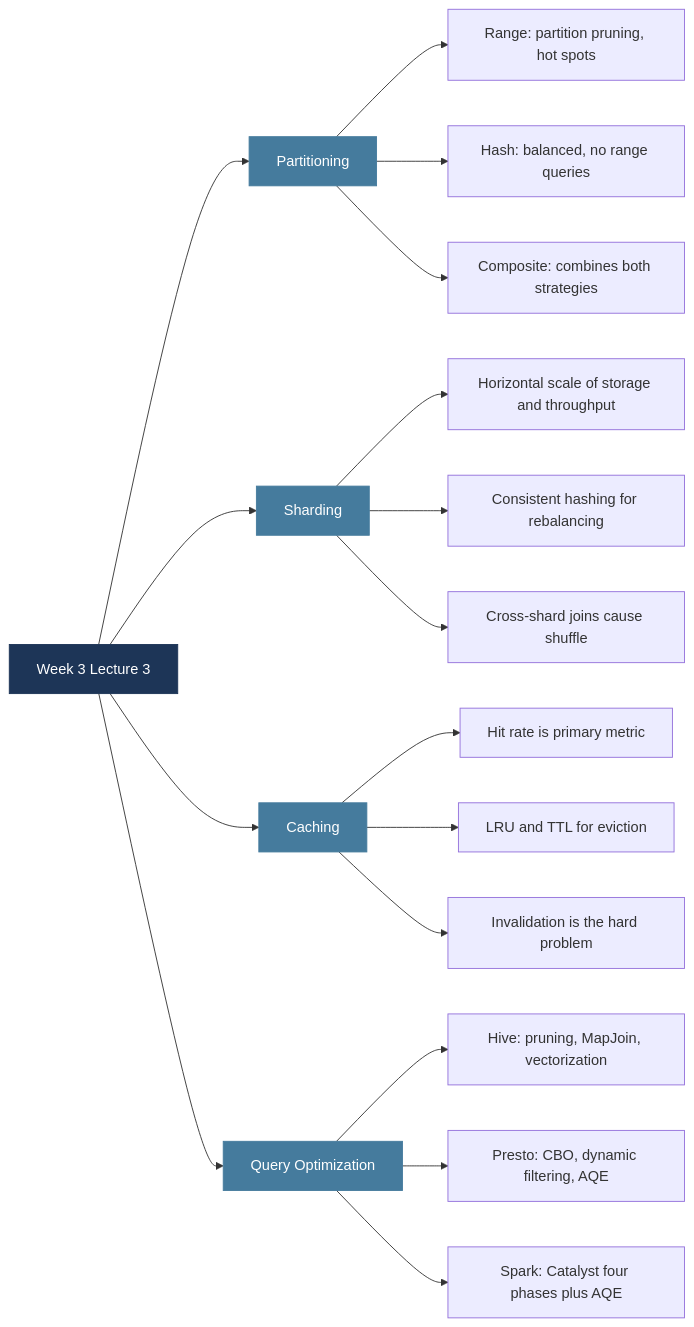
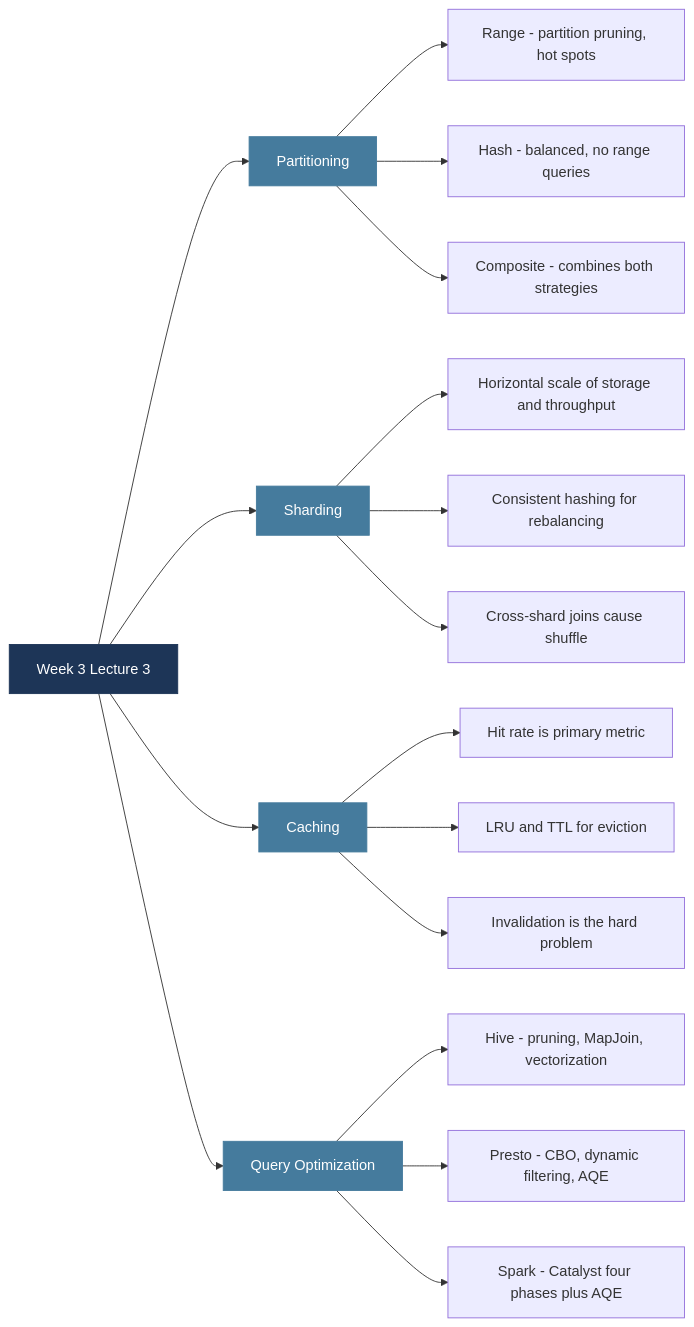
Before and after one commit to MuhammadTahaNasir/Big-Data-Analytics-Notes: diagram 16 of 16 in Week3/Lecture3_Partitioning_Sharding_Caching_QueryOpt.md, drawn with Mermaid. The commit also changed other lines of this file, not shown here.

````diff
--- a/Week3/Lecture3_Partitioning_Sharding_Caching_QueryOpt.md
+++ b/Week3/Lecture3_Partitioning_Sharding_Caching_QueryOpt.md
@@ -620,29 +620,29 @@
 ```mermaid
 flowchart LR
     W3L3[Week 3 Lecture 3] --> PART2[Partitioning]
     W3L3 --> SHARD2[Sharding]
     W3L3 --> CACHE2[Caching]
     W3L3 --> QO[Query Optimization]
 
-    PART2 --> PA[Range: partition pruning, hot spots]
-    PART2 --> PB[Hash: balanced, no range queries]
-    PART2 --> PC[Composite: combines both strategies]
+    PART2 --> PA[Range - partition pruning, hot spots]
+    PART2 --> PB[Hash - balanced, no range queries]
+    PART2 --> PC[Composite - combines both strategies]
 
     SHARD2 --> SA[Horizontal scale of storage and throughput]
     SHARD2 --> SB[Consistent hashing for rebalancing]
     SHARD2 --> SC[Cross-shard joins cause shuffle]
 
     CACHE2 --> CA2[Hit rate is primary metric]
     CACHE2 --> CB2[LRU and TTL for eviction]
     CACHE2 --> CC2[Invalidation is the hard problem]
 
-    QO --> QA[Hive: pruning, MapJoin, vectorization]
-    QO --> QB[Presto: CBO, dynamic filtering, AQE]
-    QO --> QC[Spark: Catalyst four phases plus AQE]
+    QO --> QA[Hive - pruning, MapJoin, vectorization]
+    QO --> QB[Presto - CBO, dynamic filtering, AQE]
+    QO --> QC[Spark - Catalyst four phases plus AQE]
 
     style W3L3 fill:#1d3557,color:#fff,stroke:#1d3557
     style PART2 fill:#457b9d,color:#fff,stroke:#457b9d
     style SHARD2 fill:#457b9d,color:#fff,stroke:#457b9d
     style CACHE2 fill:#457b9d,color:#fff,stroke:#457b9d
     style QO fill:#457b9d,color:#fff,stroke:#457b9d
 ```
````
